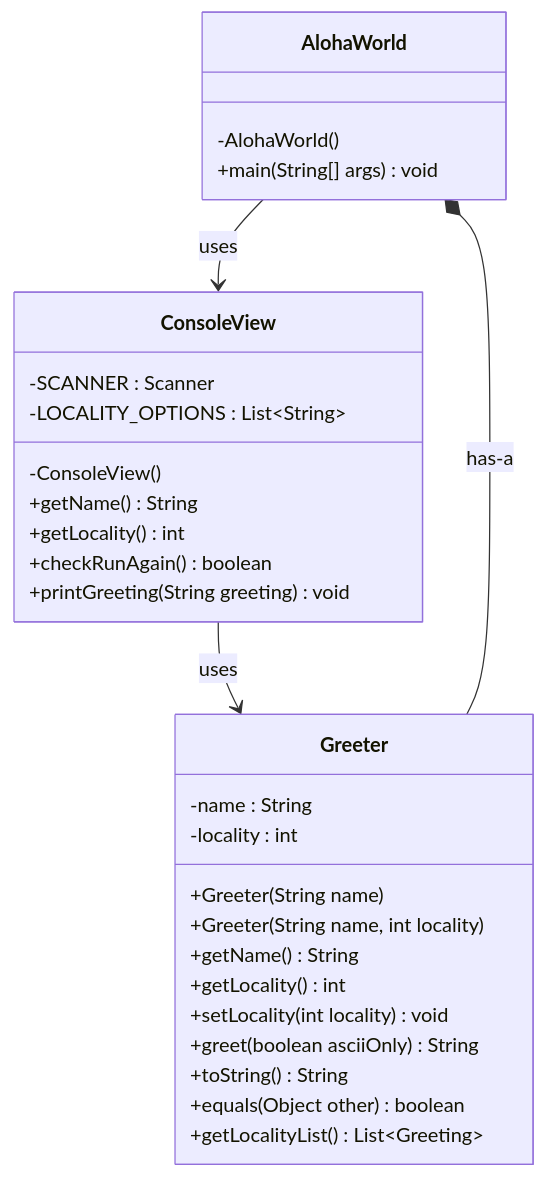
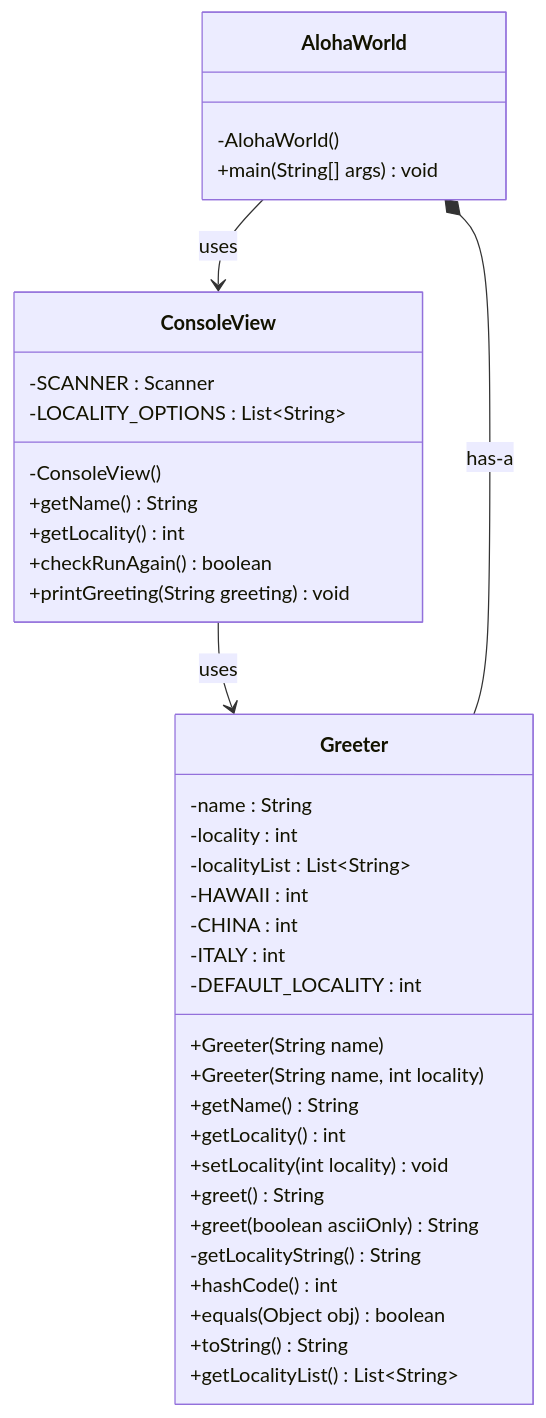
Before and after one commit to anamahmedshamsi12/CS5004-Homework-1-Aloha-World-: the diagram in homework-01-aloha-world-1/Report.md, drawn with Mermaid.

Commit message:
fixed UML diagram via feedback pt 2

````diff
--- a/homework-01-aloha-world-1/Report.md
+++ b/homework-01-aloha-world-1/Report.md
@@ -10,36 +10,50 @@
 ```mermaid
 classDiagram
 
-class AlohaWorld {
-  -AlohaWorld()
-  +main(String[] args) void
-}
+    class AlohaWorld {
+        -AlohaWorld()
+        +main(String[] args) void
+    }
 
-class ConsoleView {
-  -SCANNER : Scanner
-  -LOCALITY_OPTIONS : List~String~
-  -ConsoleView()
-  +getName() String
-  +getLocality() int
-  +checkRunAgain() boolean
-  +printGreeting(String greeting) void
-}
+    class ConsoleView {
+        -SCANNER : Scanner
+        -LOCALITY_OPTIONS : List~String~
+        -ConsoleView()
+        +getName() String
+        +getLocality() int
+        +checkRunAgain() boolean
+        +printGreeting(String greeting) void
+    }
 
-class Greeter {
-  -name : String
-  -locality : int
-  +Greeter(String name)
-  +Greeter(String name, int locality)
-  +getName() String
-  +getLocality() int
-  +setLocality(int locality) void
-  +greet(boolean asciiOnly) String
-  +toString() String
-  +equals(Object other) boolean
-  +getLocalityList() List~Greeting~
-}
+    class Greeter {
+        -name : String
+        -locality : int
+        -localityList : List~String~
+        -HAWAII : int
+        -CHINA : int
+        -ITALY : int
+        -DEFAULT_LOCALITY : int
 
-AlohaWorld --> ConsoleView : uses
-ConsoleView --> Greeter : uses
-AlohaWorld *-- Greeter : has-a
+        +Greeter(String name)
+        +Greeter(String name, int locality)
+
+        +getName() String
+        +getLocality() int
+        +setLocality(int locality) void
+
+        +greet() String
+        +greet(boolean asciiOnly) String
+
+        -getLocalityString() String
+
+        +hashCode() int
+        +equals(Object obj) boolean
+        +toString() String
+
+        +getLocalityList() List~String~
+    }
+
+    AlohaWorld --> ConsoleView : uses
+    ConsoleView --> Greeter : uses
+    AlohaWorld *-- Greeter : has-a
 ```
````
